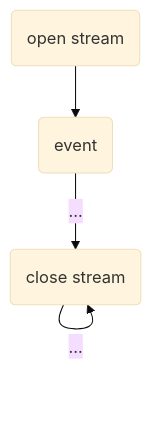
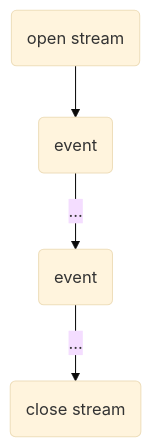
The third of 3 diagrams in README.md (joaogac/micronaut-fundamentals), drawn with Mermaid (base theme) before and after one commit.

````diff
--- a/README.md
+++ b/README.md
@@ -349,6 +349,6 @@
 ```mermaid
 graph TD;
     A(open stream)-->B(event);
     B(event)-->|...|C(event);
-    C(event)-->|...|C(close stream);
+    C(event)-->|...|D(close stream);
 ```
````
